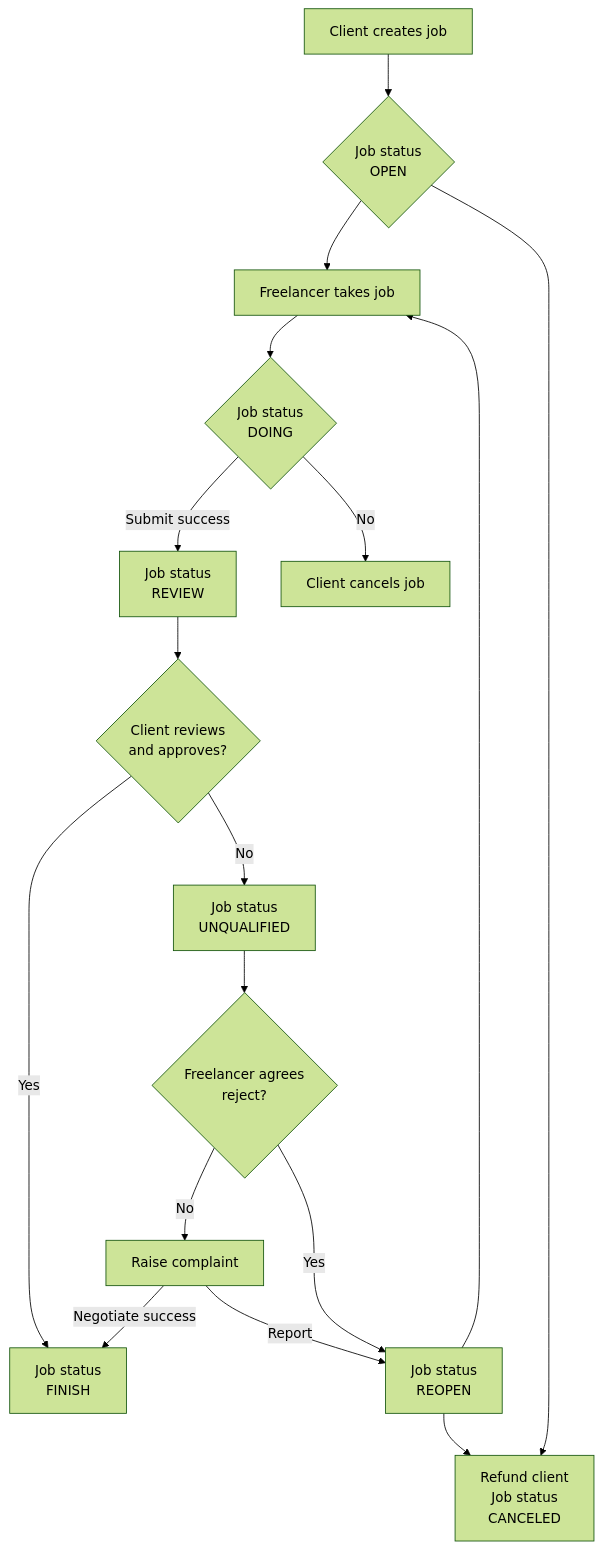
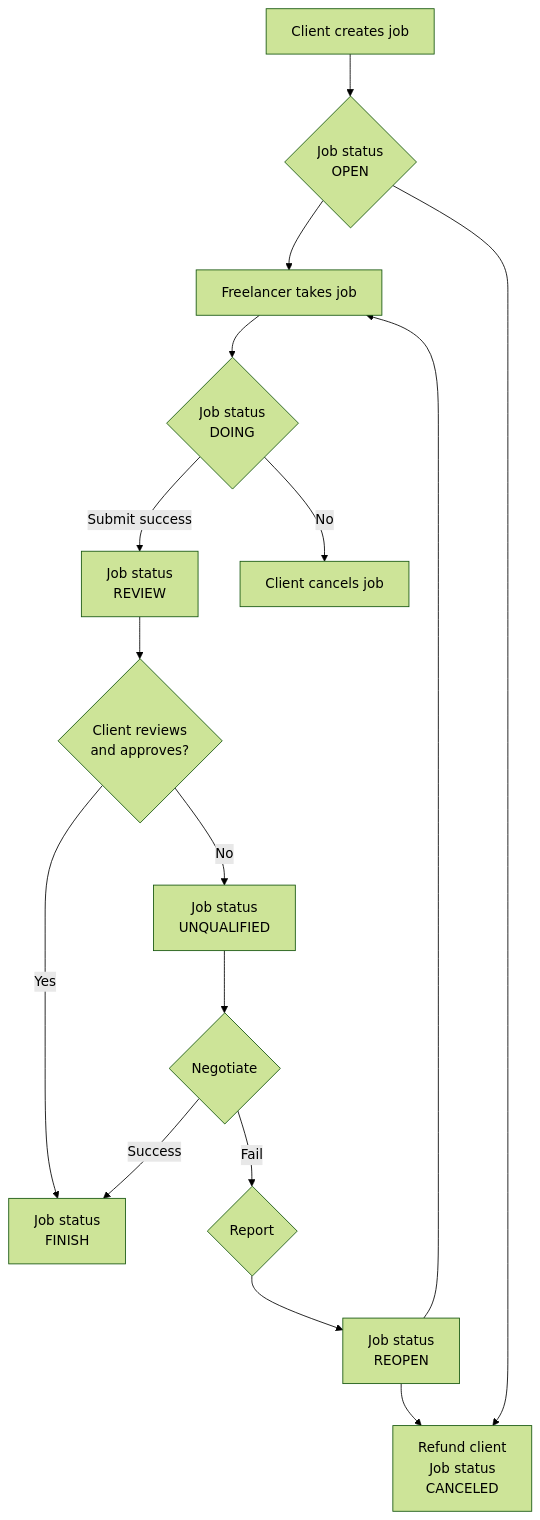
Before and after one commit to lamha79/freelankakot: the second of 2 diagrams in README.md, drawn with Mermaid (forest theme).

````diff
--- a/README.md
+++ b/README.md
@@ -134,20 +134,19 @@
 ```mermaid
 flowchart TB
     A[Client creates job] --> B{Job status<br>OPEN}
     B --> C[Freelancer takes job]
     C --> D{Job status<br>DOING}
     D -- Submit success --> E[Job status<br>REVIEW]
     E --> F{Client reviews<br>and approves?}
     F -- Yes --> G[Job status<br>FINISH]
     F -- No --> H[Job status<br>UNQUALIFIED]
-    H --> I{Freelancer agrees<br> reject?} 
-    I -- No --> K[Raise complaint]
+    H --> I{Negotiate} 
+    I -- Success --> G
+    I -- Fail --> K{Report}
     D -- No --> L[Client cancels job]    
     B --> M[Refund client<br>Job status<br>CANCELED]
     J --> M[Refund client<br>Job status<br>CANCELED]
     J --> C
-    K -- Negotiate success --> G
-    K -- Report --> J
-    I -- Yes --> J[Job status<br>REOPEN]
+    K --> J[Job status<br>REOPEN]
     
 ```
````
